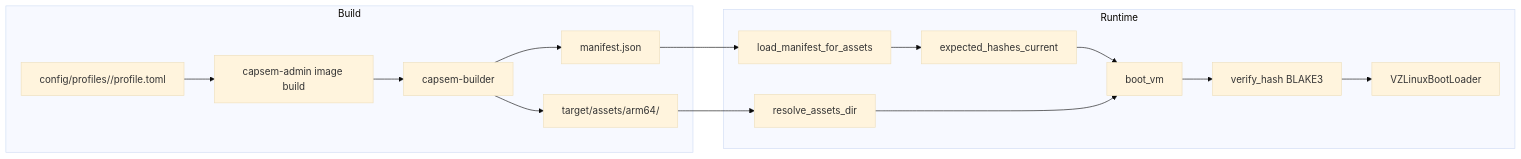
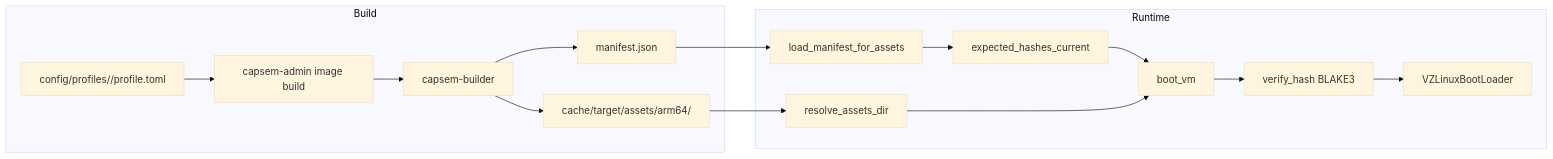
Before and after one commit to google/capsem: the diagram in web/docs/src/content/docs/architecture/asset-pipeline.md, drawn with Mermaid (base theme). The commit also changed other lines of this file and 261 other files, not shown here.

````diff
--- a/web/docs/src/content/docs/architecture/asset-pipeline.md
+++ b/web/docs/src/content/docs/architecture/asset-pipeline.md
@@ -304,19 +304,19 @@
 ```mermaid
 flowchart LR
     subgraph Build
         PROFILE["config/profiles/<id>/profile.toml"] --> Admin["capsem-admin image build"]
         Admin --> Builder[capsem-builder]
-        Builder --> Assets[target/assets/arm64/]
+        Builder --> Assets[cache/target/assets/arm64/]
         Builder --> Checksums[manifest.json]
     end
 
     subgraph Runtime
         Checksums --> LoadManifest[load_manifest_for_assets]
         LoadManifest --> ExpectedHashes[expected_hashes_current]
         ExpectedHashes --> Boot[boot_vm]
         Assets --> Resolve[resolve_assets_dir]
         Resolve --> Boot
         Boot --> Verify[verify_hash BLAKE3]
         Verify --> VZ[VZLinuxBootLoader]
     end
 ```
````
